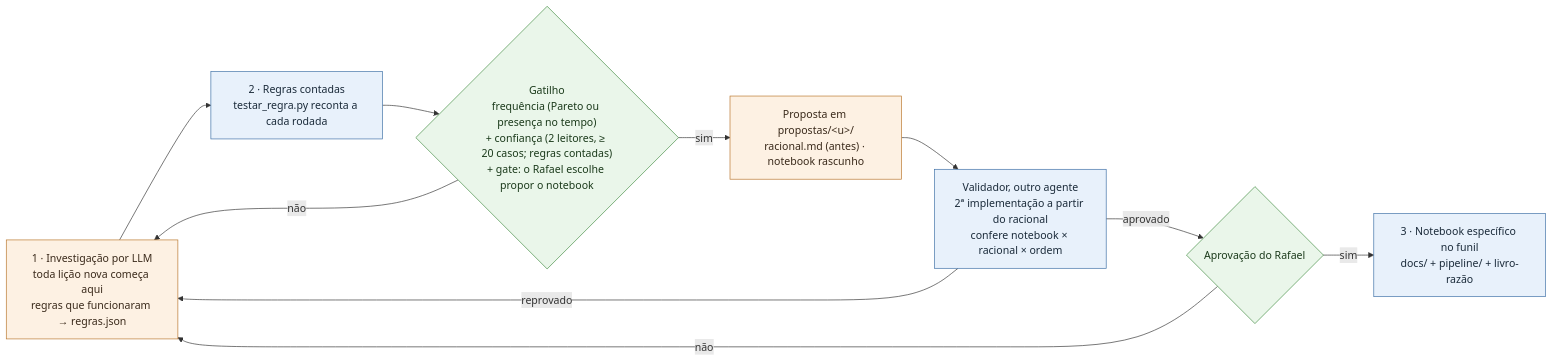
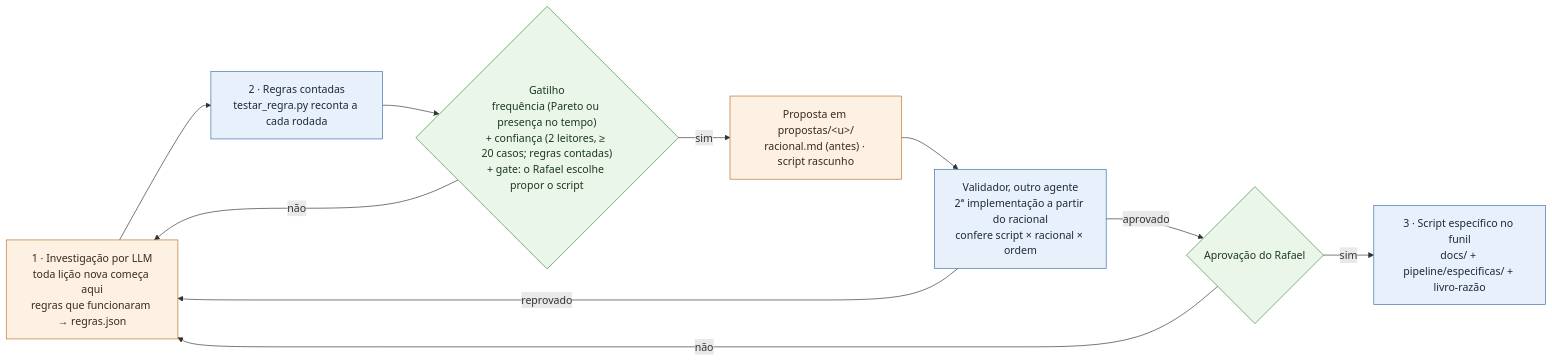
Before and after one commit to rc-ventura/memory_layer_ai_agents: the second of 2 diagrams in analysis/2026-09-trace-law-flow/docs/16-procedimento-mineracao-candidatas.md, drawn with Mermaid. The commit also changed other lines of this file and 14 other files, not shown here.

Commit message:
Ajuste 20 — a parte específica da mineração passa a ser um script, não um notebook: procedimento 16 ("Como o script roda"), skill propor-script e agente validador-de-script (renomeados), painel "pronta para script"; notebooks da base 1 ficam como legado

````diff
--- a/analysis/2026-09-trace-law-flow/docs/16-procedimento-mineracao-candidatas.md
+++ b/analysis/2026-09-trace-law-flow/docs/16-procedimento-mineracao-candidatas.md
@@ -58,20 +58,20 @@
 ```mermaid
 flowchart LR
     S1["1 · Investigação por LLM<br/>toda lição nova começa aqui<br/>regras que funcionaram → regras.json"]:::llm
     S2["2 · Regras contadas<br/>testar_regra.py reconta a cada rodada"]:::det
-    T{"Gatilho<br/>frequência (Pareto ou presença no tempo)<br/>+ confiança (2 leitores, ≥ 20 casos; regras contadas)<br/>+ gate: o Rafael escolhe propor o notebook"}:::dec
-    P["Proposta em propostas/&lt;u&gt;/<br/>racional.md (antes) · notebook rascunho"]:::llm
-    V["Validador, outro agente<br/>2ª implementação a partir do racional<br/>confere notebook × racional × ordem"]:::det
+    T{"Gatilho<br/>frequência (Pareto ou presença no tempo)<br/>+ confiança (2 leitores, ≥ 20 casos; regras contadas)<br/>+ gate: o Rafael escolhe propor o script"}:::dec
+    P["Proposta em propostas/&lt;u&gt;/<br/>racional.md (antes) · script rascunho"]:::llm
+    V["Validador, outro agente<br/>2ª implementação a partir do racional<br/>confere script × racional × ordem"]:::det
     A{"Aprovação do Rafael"}:::dec
-    N["3 · Notebook específico no funil<br/>docs/ + pipeline/ + livro-razão"]:::det
+    N["3 · Script específico no funil<br/>docs/ + pipeline/especificas/ + livro-razão"]:::det
     S1 --> S2 --> T
     T -- não --> S1
     T -- sim --> P --> V
     V -- reprovado --> S1
     V -- aprovado --> A
     A -- não --> S1
     A -- sim --> N
     classDef det fill:#e8f1fb,stroke:#3b6ea5,color:#1b2b3a
     classDef llm fill:#fdf1e3,stroke:#b8742a,color:#3a2a1b
     classDef dec fill:#eaf6ea,stroke:#3f8a3f,color:#1b3a1b
 ```
````
